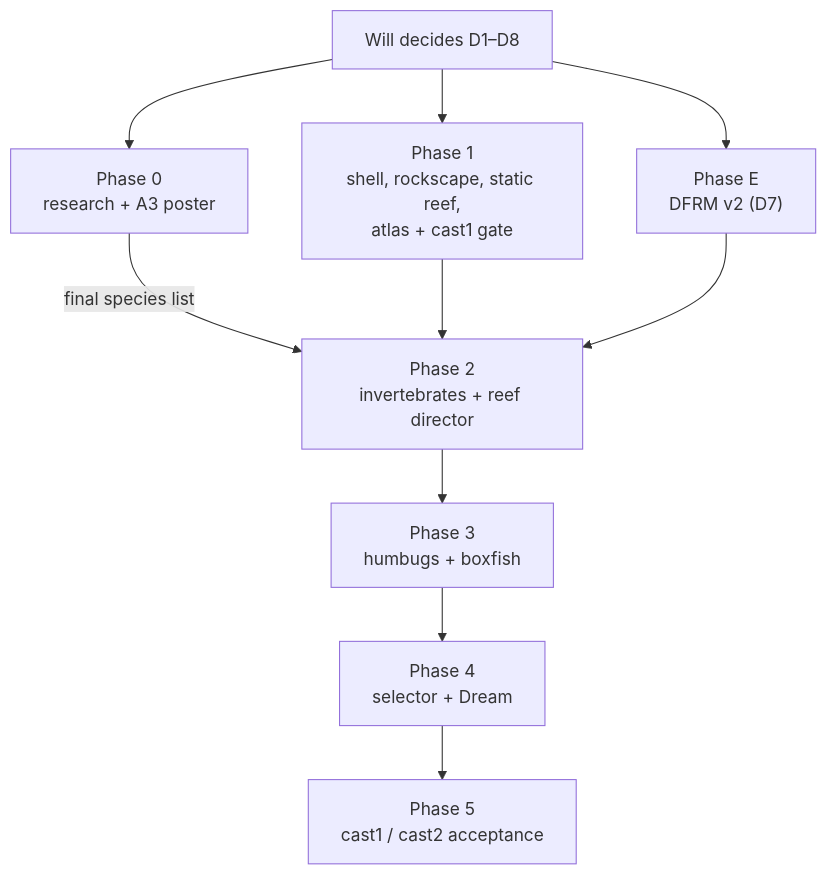
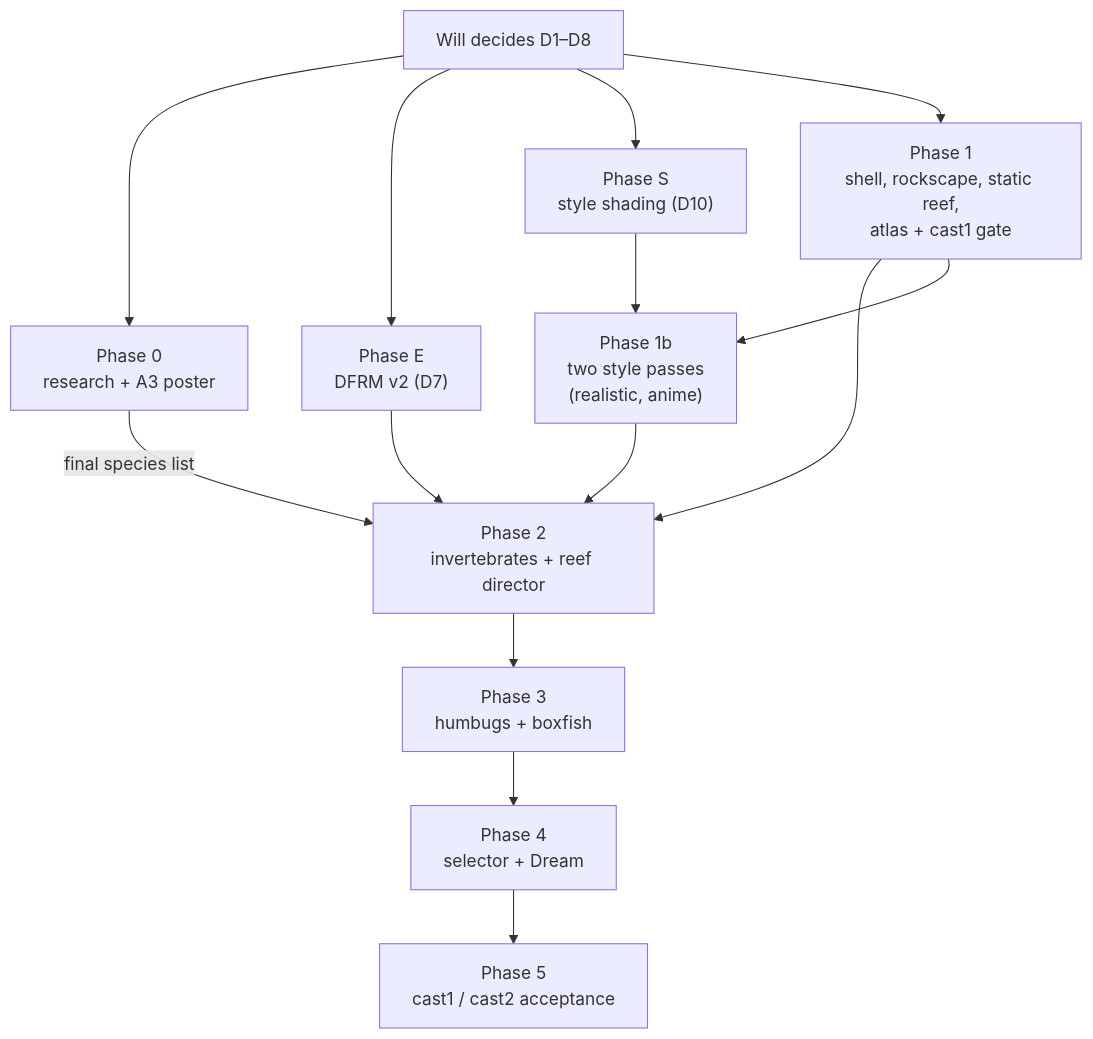
One commit to wbniv/WorldFoundry changed the eighth of 10 diagrams in docs/plans/2026-11-02-gulf-of-thailand-reef-tank.md. Above: the diagram before and after it, drawn with Mermaid. The commit also changed other lines of this file and 9 other files, not shown here.

````diff
--- a/docs/plans/2026-11-02-gulf-of-thailand-reef-tank.md
+++ b/docs/plans/2026-11-02-gulf-of-thailand-reef-tank.md
@@ -379,12 +463,16 @@
 ```mermaid
 flowchart TD
     D["Will decides D1–D8"] --> P0["Phase 0<br/>research + A3 poster"]
     D --> PE["Phase E<br/>DFRM v2 (D7)"]
+    D --> PS["Phase S<br/>style shading (D10)"]
     D --> P1["Phase 1<br/>shell, rockscape, static reef,<br/>atlas + cast1 gate"]
     P0 -->|"final species list"| P2
     P1 --> P2["Phase 2<br/>invertebrates + reef director"]
     PE --> P2
+    PS --> P1b["Phase 1b<br/>two style passes<br/>(realistic, anime)"]
+    P1 --> P1b
+    P1b --> P2
     P2 --> P3["Phase 3<br/>humbugs + boxfish"]
     P3 --> P4["Phase 4<br/>selector + Dream"]
     P4 --> P5["Phase 5<br/>cast1 / cast2 acceptance"]
 ```
````
